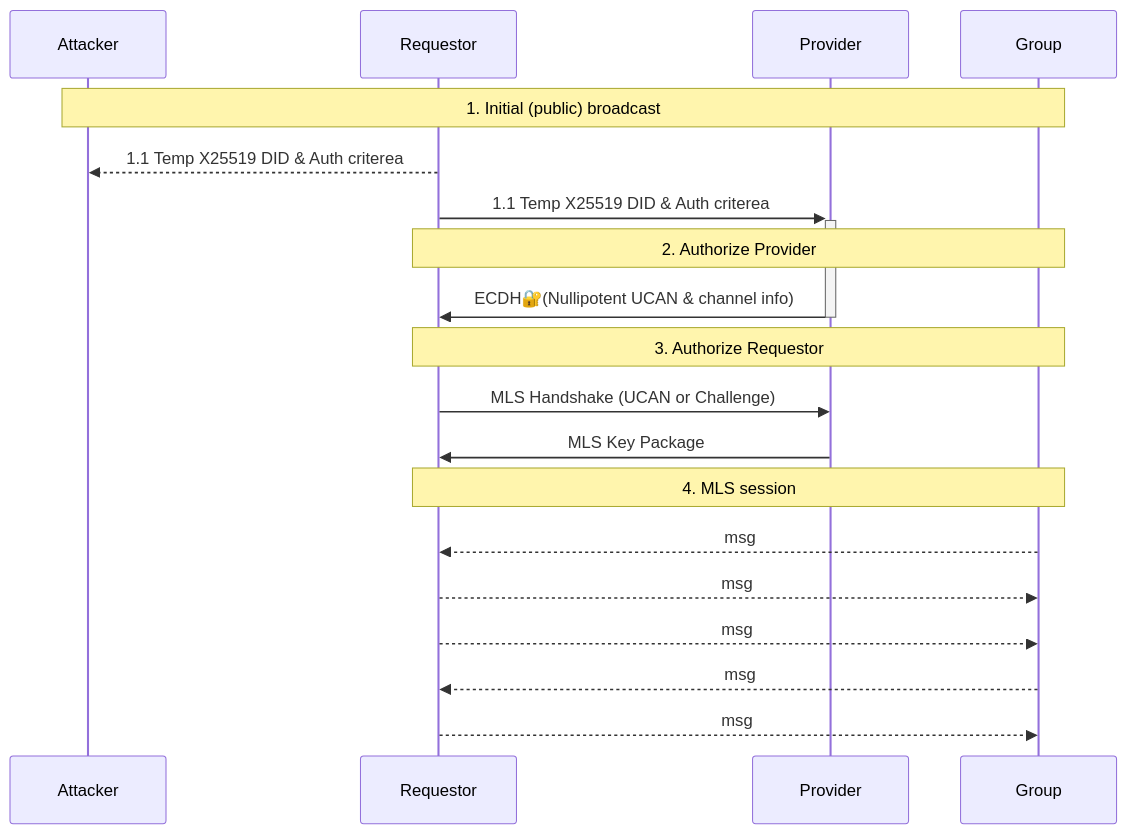
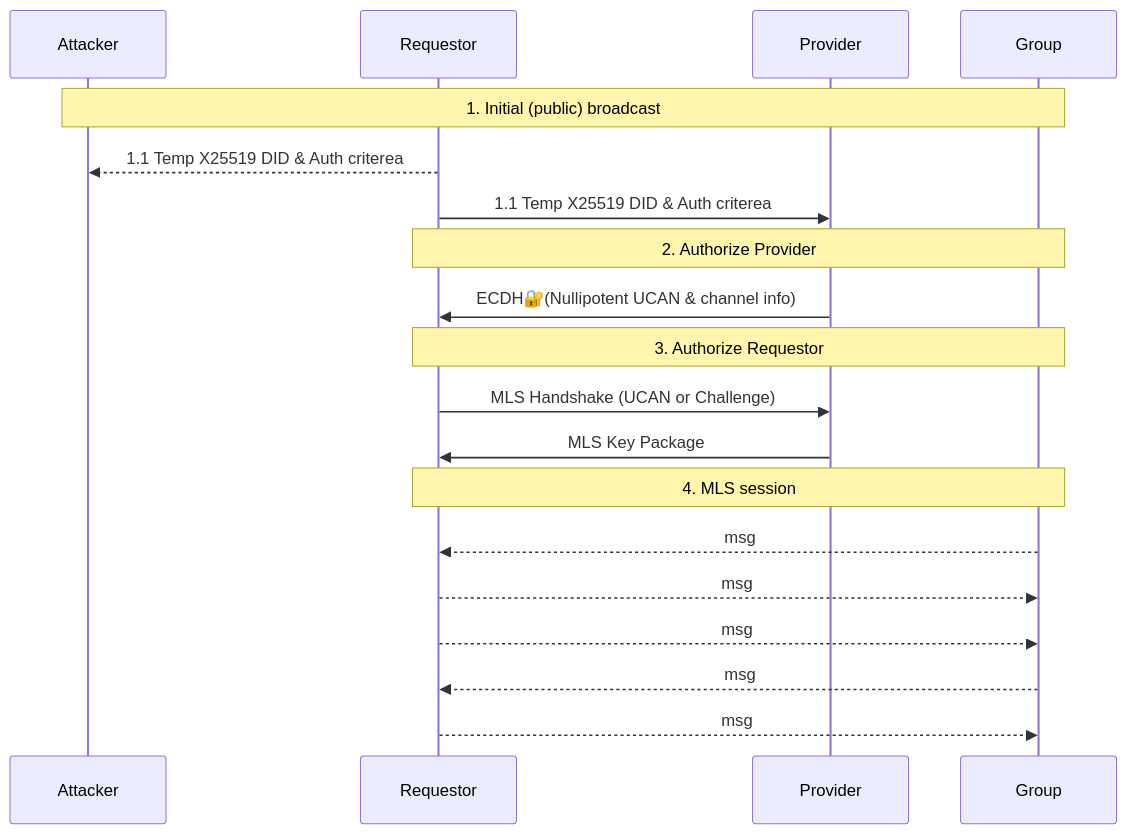
The first of 2 diagrams in README.md (ucan-wg/awake), drawn with Mermaid before and after one commit. The commit also changed other lines of this file, not shown here.

````diff
--- a/README.md
+++ b/README.md
@@ -122,26 +120,25 @@
 ```mermaid
 sequenceDiagram
     participant Attacker
     participant Requestor
     participant Provider
     participant Group
 
     Note over Attacker, Group : 1. Initial (public) broadcast
         Requestor -->> Attacker: 1.1 Temp X25519 DID & Auth criterea
-        Requestor ->>+ Provider: 1.1 Temp X25519 DID & Auth criterea
+        Requestor ->> Provider: 1.1 Temp X25519 DID & Auth criterea
 
     Note over Requestor, Group: 2. Authorize Provider
-        Provider ->>- Requestor: ECDH🔐(Nullipotent UCAN & channel info)
+        Provider ->> Requestor: ECDH🔐(Nullipotent UCAN & channel info)
 
     Note over Requestor, Group: 3. Authorize Requestor
         Requestor ->> Provider: MLS Handshake (UCAN or Challenge)
         Provider  ->> Requestor: MLS Key Package
 
     Note over Requestor, Group: 4. MLS session
-
         Group -->> Requestor: msg
         Requestor -->> Group: msg
         Requestor -->> Group: msg
         Group -->> Requestor: msg
         Requestor -->> Group: msg
 ```
````
